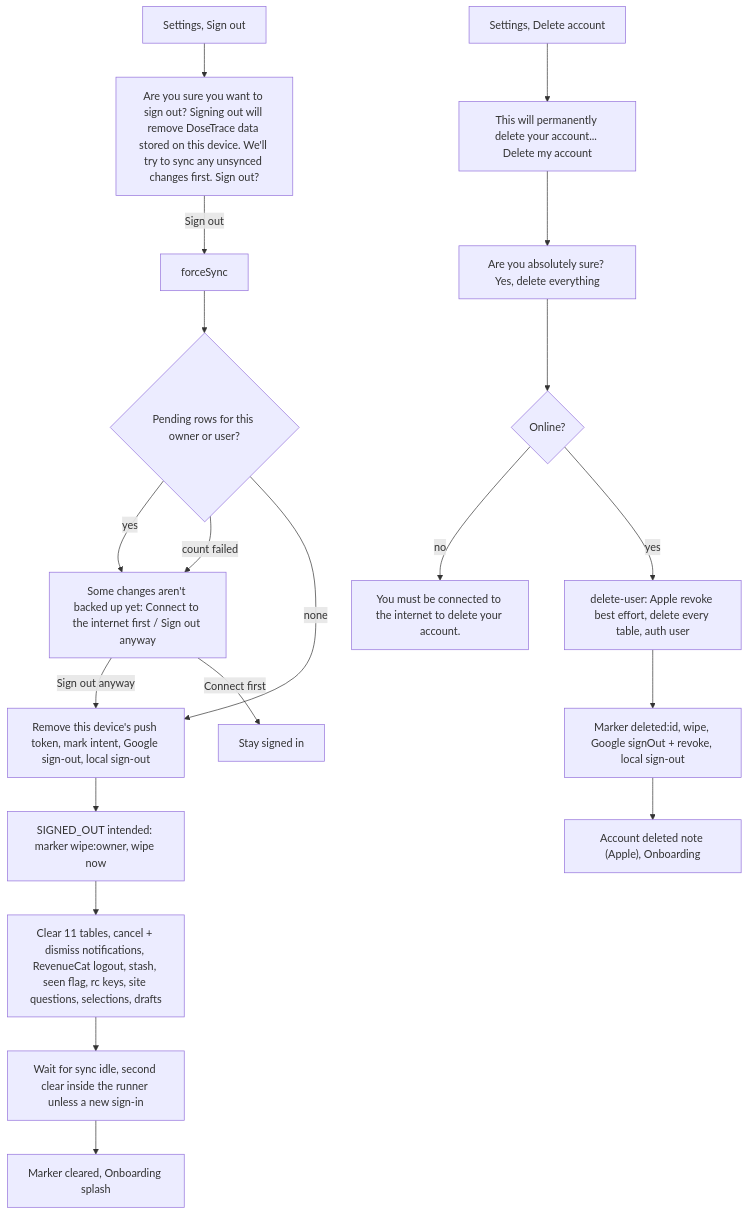
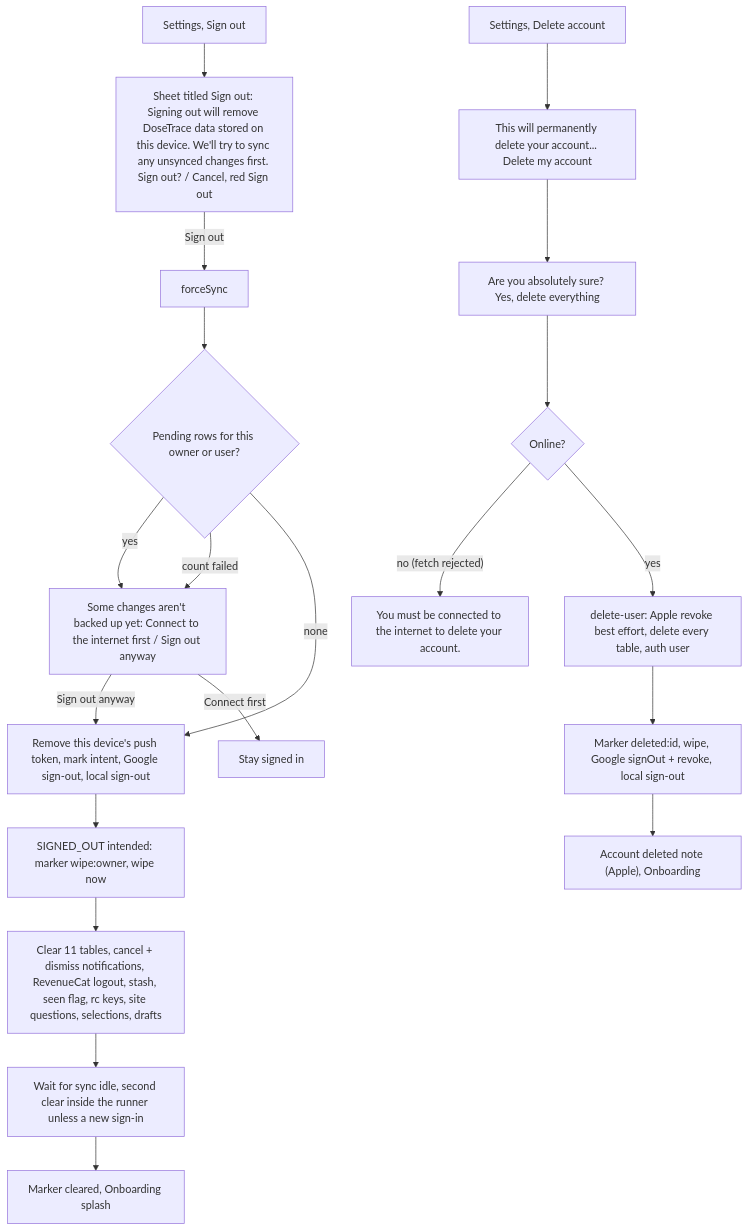
One commit to evandroviskis/dosetrace changed the first of 4 diagrams in docs/product/flows/12-account-signout-delete.md. Above: the diagram before and after it, drawn with Mermaid. The commit also changed other lines of this file and 26 other files, not shown here.

Commit message:
docs/product: round-2 corrections propagated to PRD (G-1..G-233), TRD + dossiers, flows + Portuguese picture from the final registers; 105 diagrams parse; zero stale ids

````diff
--- a/docs/product/flows/12-account-signout-delete.md
+++ b/docs/product/flows/12-account-signout-delete.md
@@ -46,22 +46,22 @@
 ```mermaid
 flowchart TD
-  A["Settings, Sign out"] --> B["Are you sure you want to sign out? Signing out will remove DoseTrace data stored on this device. We'll try to sync any unsynced changes first. Sign out?"]
+  A["Settings, Sign out"] --> B["Sheet titled Sign out: Signing out will remove DoseTrace data stored on this device. We'll try to sync any unsynced changes first. Sign out? / Cancel, red Sign out"]
   B -->|Sign out| C["forceSync"]
   C --> D{"Pending rows for this owner or user?"}
   D -->|yes| E["Some changes aren't backed up yet: Connect to the internet first / Sign out anyway"]
   D -->|count failed| E
   D -->|none| F["Remove this device's push token, mark intent, Google sign-out, local sign-out"]
   E -->|Sign out anyway| F
   E -->|Connect first| Z["Stay signed in"]
   F --> G["SIGNED_OUT intended: marker wipe:owner, wipe now"]
   G --> H["Clear 11 tables, cancel + dismiss notifications, RevenueCat logout, stash, seen flag, rc keys, site questions, selections, drafts"]
   H --> I["Wait for sync idle, second clear inside the runner unless a new sign-in"]
   I --> J["Marker cleared, Onboarding splash"]
   K["Settings, Delete account"] --> L["This will permanently delete your account... Delete my account"]
   L --> M["Are you absolutely sure? Yes, delete everything"]
   M --> N{"Online?"}
-  N -->|no| O["You must be connected to the internet to delete your account."]
+  N -->|"no (fetch rejected)"| O["You must be connected to the internet to delete your account."]
   N -->|yes| P["delete-user: Apple revoke best effort, delete every table, auth user"]
   P --> Q["Marker deleted:id, wipe, Google signOut + revoke, local sign-out"]
   Q --> R["Account deleted note (Apple), Onboarding"]
 ```
````
